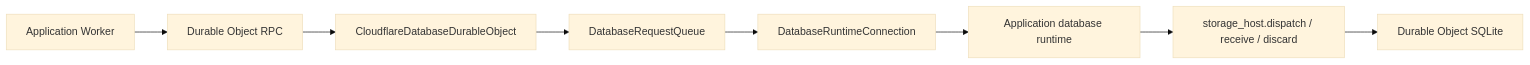
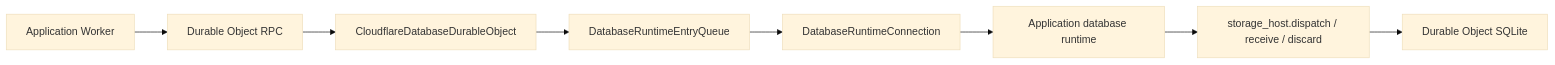
One commit to 1amageek/database-framework-cloudflare changed the diagram in Workers/CloudflareDatabaseRuntime/README.md. Above: the diagram before and after it, drawn with Mermaid (base theme). The commit also changed other lines of this file and 39 other files, not shown here.

````diff
--- a/Workers/CloudflareDatabaseRuntime/README.md
+++ b/Workers/CloudflareDatabaseRuntime/README.md
@@ -8,10 +8,10 @@
 ```mermaid
 flowchart LR
   Worker["Application Worker"] --> RPC["Durable Object RPC"]
   RPC --> DO["CloudflareDatabaseDurableObject"]
-  DO --> Queue["DatabaseRequestQueue"]
+  DO --> Queue["DatabaseRuntimeEntryQueue"]
   Queue --> Connection["DatabaseRuntimeConnection"]
   Connection --> Runtime["Application database runtime"]
   Runtime --> Storage["storage_host.dispatch / receive / discard"]
   Storage --> SQLite["Durable Object SQLite"]
 ```
````
